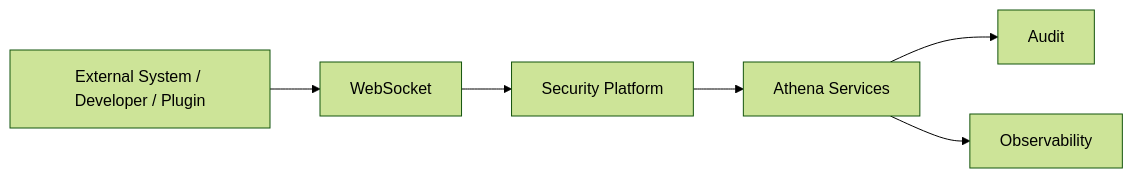
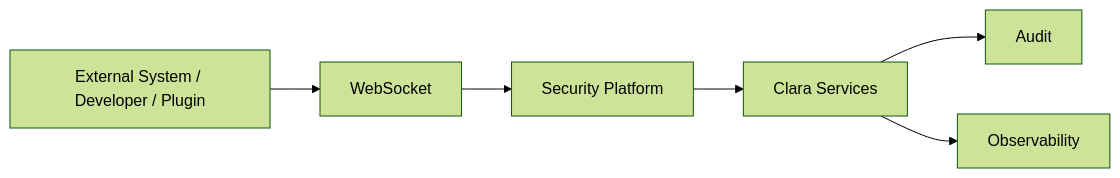
One commit to VaxXinE/CLARA changed the diagram in docs/BOOK-02-Master-Blueprint/PART-08-Integration-Platform/95-WebSocket.md. Above: the diagram before and after it, drawn with Mermaid (forest theme). The commit also changed other lines of this file and 529 other files, not shown here.

````diff
--- a/docs/BOOK-02-Master-Blueprint/PART-08-Integration-Platform/95-WebSocket.md
+++ b/docs/BOOK-02-Master-Blueprint/PART-08-Integration-Platform/95-WebSocket.md
@@ -62,8 +62,8 @@
 ```mermaid
 flowchart LR
     External[External System / Developer / Plugin] --> Integration[WebSocket]
     Integration --> Security[Security Platform]
-    Security --> Athena[Athena Services]
-    Athena --> Audit[Audit]
-    Athena --> Observability[Observability]
+    Security --> Clara[Clara Services]
+    Clara --> Audit[Audit]
+    Clara --> Observability[Observability]
 ```
````
